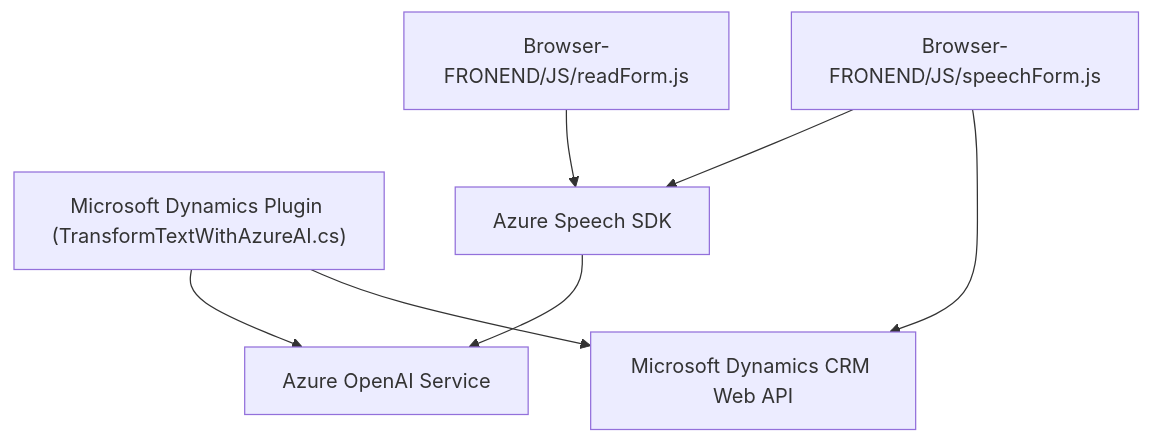
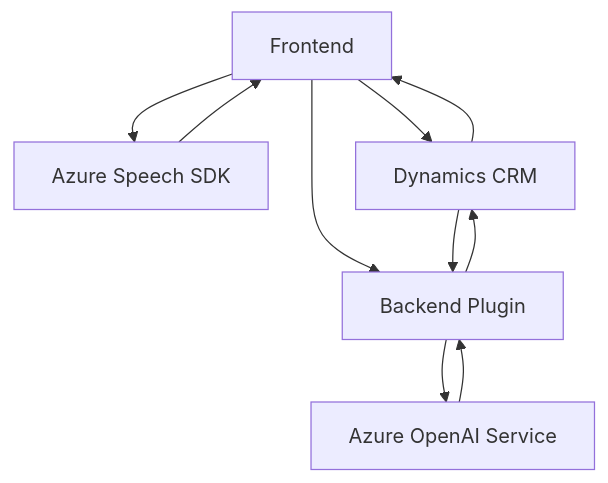
Before and after one commit to blopezdm/NETCORE_BILBAO2025: the diagram in README.md, drawn with Mermaid. The commit also changed other lines of this file, not shown here.

````diff
--- a/README.md
+++ b/README.md
@@ -53,16 +43,17 @@
 ```mermaid
 graph TD
-    A["Browser-FRONEND/JS/readForm.js"]
-    B["Browser-FRONEND/JS/speechForm.js"]
-    C["Microsoft Dynamics Plugin (TransformTextWithAzureAI.cs)"]
-    D["Azure Speech SDK"]
-    E["Azure OpenAI Service"]
-    F["Microsoft Dynamics CRM Web API"]
-
-    A --> D
+    A["Frontend"]
+    B["Backend Plugin"]
+    C["Azure Speech SDK"]
+    D["Azure OpenAI Service"]
+    E["Dynamics CRM"]
+    A --> C
+    A --> E
+    A --> B
     B --> D
-    B --> F
-    C --> E
-    C --> F
-    D --> E
+    B --> E
+    C --> A
+    D --> B
+    E --> A
+    E --> B
 ```
````
